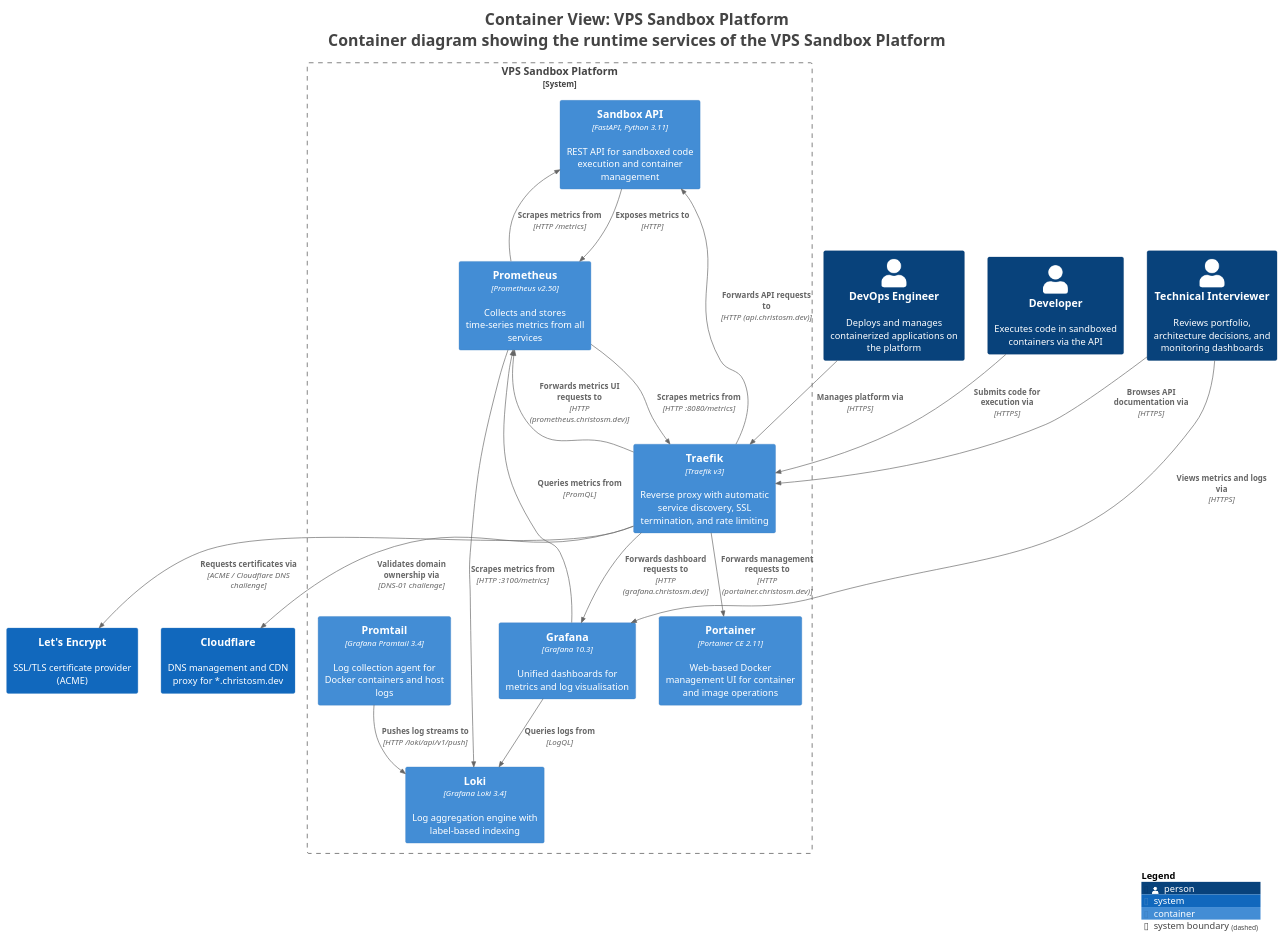
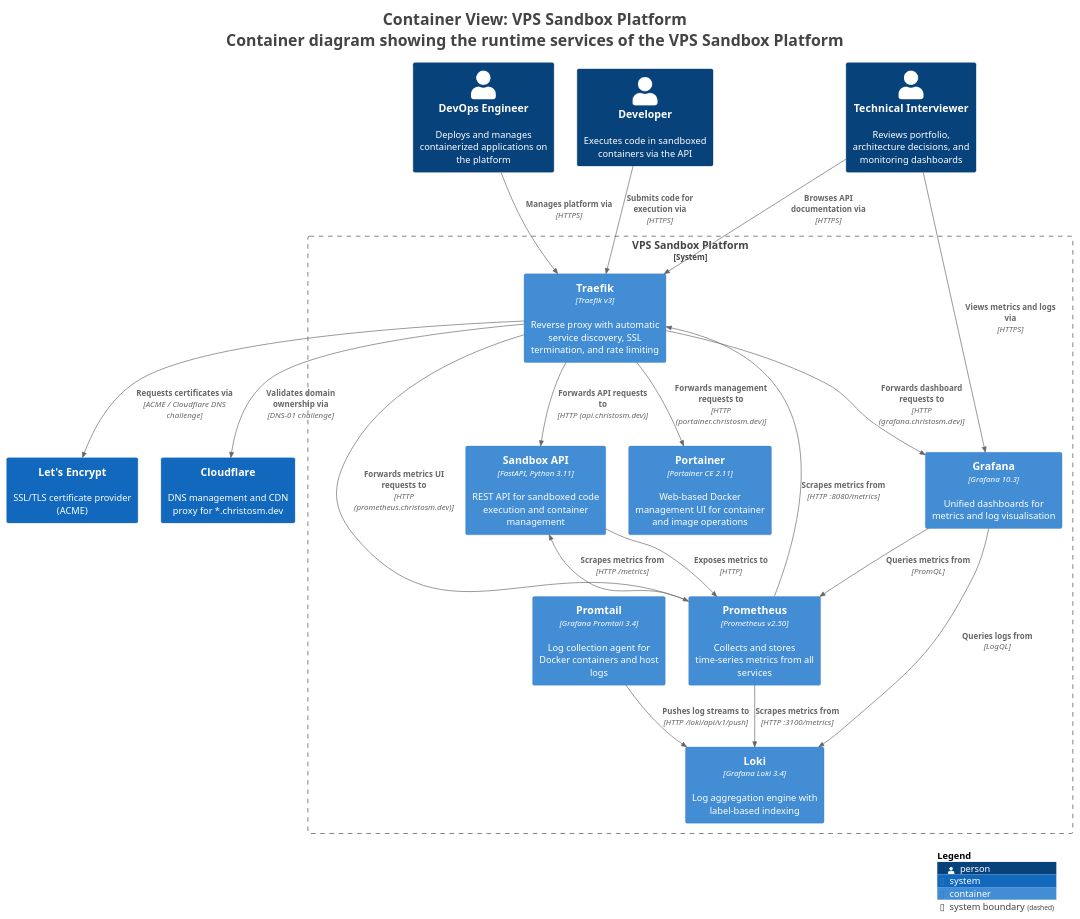
The diagram in vps-sandbox-c4-architecture/exports/puml/structurizr-Containers.puml (christosm-dev/portfolio), drawn with PlantUML before and after one commit. The commit also changed 11 other files, not shown here.

First line of the commit message:
Remove Interview Talking Points/Learning Outcomes, fix wiki links and diagram layout

```diff
--- a/vps-sandbox-c4-architecture/exports/puml/structurizr-Containers.puml
+++ b/vps-sandbox-c4-architecture/exports/puml/structurizr-Containers.puml
@@ -1,54 +1,54 @@
 @startuml
 title <size:24>Container View: VPS Sandbox Platform</size>\n<size:24>Container diagram showing the runtime services of the VPS Sandbox Platform</size>
 
 set separator none
 top to bottom direction
 
 <style>
   root {
     BackgroundColor: #ffffff
     FontColor: #444444
   }
 </style>
 
 !include <C4/C4>
 !include <C4/C4_Context>
 !include <C4/C4_Container>
 
 Person(DevOpsEngineer, "DevOps Engineer", $descr="Deploys and manages containerized applications on the platform", $tags="", $link="")
 Person(Developer, "Developer", $descr="Executes code in sandboxed containers via the API", $tags="", $link="")
 Person(TechnicalInterviewer, "Technical Interviewer", $descr="Reviews portfolio, architecture decisions, and monitoring dashboards", $tags="", $link="")
 System(LetsEncrypt, "Let's Encrypt", $descr="SSL/TLS certificate provider (ACME)", $tags="", $link="")
 System(Cloudflare, "Cloudflare", $descr="DNS management and CDN proxy for *.christosm.dev", $tags="", $link="")
 
 System_Boundary("VPSSandboxPlatform_boundary", "VPS Sandbox Platform", $tags="") {
+    Container(VPSSandboxPlatform.Traefik, "Traefik", $techn="Traefik v3", $descr="Reverse proxy with automatic service discovery, SSL termination, and rate limiting", $tags="", $link="")
   Container(VPSSandboxPlatform.SandboxAPI, "Sandbox API", $techn="FastAPI, Python 3.11", $descr="REST API for sandboxed code execution and container management", $tags="", $link="")
   Container(VPSSandboxPlatform.Prometheus, "Prometheus", $techn="Prometheus v2.50", $descr="Collects and stores time-series metrics from all services", $tags="", $link="")
   Container(VPSSandboxPlatform.Grafana, "Grafana", $techn="Grafana 10.3", $descr="Unified dashboards for metrics and log visualisation", $tags="", $link="")
   Container(VPSSandboxPlatform.Loki, "Loki", $techn="Grafana Loki 3.4", $descr="Log aggregation engine with label-based indexing", $tags="", $link="")
   Container(VPSSandboxPlatform.Promtail, "Promtail", $techn="Grafana Promtail 3.4", $descr="Log collection agent for Docker containers and host logs", $tags="", $link="")
   Container(VPSSandboxPlatform.Portainer, "Portainer", $techn="Portainer CE 2.11", $descr="Web-based Docker management UI for container and image operations", $tags="", $link="")
-  Container(VPSSandboxPlatform.Traefik, "Traefik", $techn="Traefik v3", $descr="Reverse proxy with automatic service discovery, SSL termination, and rate limiting", $tags="", $link="")
 }
 
 Rel(DevOpsEngineer, VPSSandboxPlatform.Traefik, "Manages platform via", $techn="HTTPS", $tags="", $link="")
 Rel(Developer, VPSSandboxPlatform.Traefik, "Submits code for execution via", $techn="HTTPS", $tags="", $link="")
 Rel(TechnicalInterviewer, VPSSandboxPlatform.Grafana, "Views metrics and logs via", $techn="HTTPS", $tags="", $link="")
 Rel(TechnicalInterviewer, VPSSandboxPlatform.Traefik, "Browses API documentation via", $techn="HTTPS", $tags="", $link="")
 Rel(VPSSandboxPlatform.Traefik, VPSSandboxPlatform.SandboxAPI, "Forwards API requests to", $techn="HTTP (api.christosm.dev)", $tags="", $link="")
 Rel(VPSSandboxPlatform.Traefik, VPSSandboxPlatform.Grafana, "Forwards dashboard requests to", $techn="HTTP (grafana.christosm.dev)", $tags="", $link="")
 Rel(VPSSandboxPlatform.Traefik, VPSSandboxPlatform.Prometheus, "Forwards metrics UI requests to", $techn="HTTP (prometheus.christosm.dev)", $tags="", $link="")
 Rel(VPSSandboxPlatform.Traefik, VPSSandboxPlatform.Portainer, "Forwards management requests to", $techn="HTTP (portainer.christosm.dev)", $tags="", $link="")
 Rel(VPSSandboxPlatform.Traefik, LetsEncrypt, "Requests certificates via", $techn="ACME / Cloudflare DNS challenge", $tags="", $link="")
 Rel(VPSSandboxPlatform.Traefik, Cloudflare, "Validates domain ownership via", $techn="DNS-01 challenge", $tags="", $link="")
 Rel(VPSSandboxPlatform.Prometheus, VPSSandboxPlatform.SandboxAPI, "Scrapes metrics from", $techn="HTTP /metrics", $tags="", $link="")
 Rel(VPSSandboxPlatform.Prometheus, VPSSandboxPlatform.Traefik, "Scrapes metrics from", $techn="HTTP :8080/metrics", $tags="", $link="")
 Rel(VPSSandboxPlatform.Prometheus, VPSSandboxPlatform.Loki, "Scrapes metrics from", $techn="HTTP :3100/metrics", $tags="", $link="")
 Rel(VPSSandboxPlatform.Grafana, VPSSandboxPlatform.Prometheus, "Queries metrics from", $techn="PromQL", $tags="", $link="")
 Rel(VPSSandboxPlatform.Grafana, VPSSandboxPlatform.Loki, "Queries logs from", $techn="LogQL", $tags="", $link="")
 Rel(VPSSandboxPlatform.Promtail, VPSSandboxPlatform.Loki, "Pushes log streams to", $techn="HTTP /loki/api/v1/push", $tags="", $link="")
 Rel(VPSSandboxPlatform.SandboxAPI, VPSSandboxPlatform.Prometheus, "Exposes metrics to", $techn="HTTP", $tags="", $link="")
 
 SHOW_LEGEND(true)
 hide stereotypes
 @enduml
```
